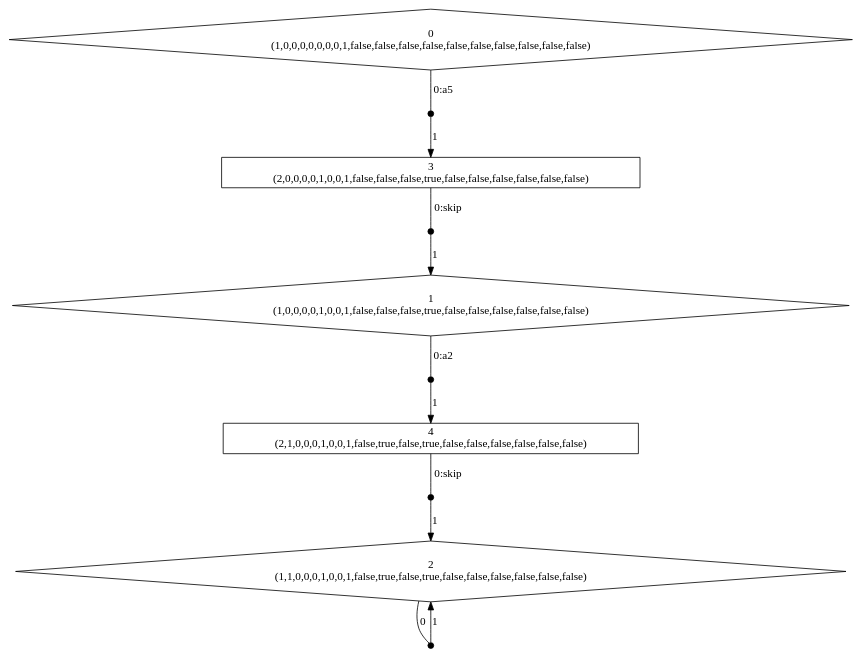
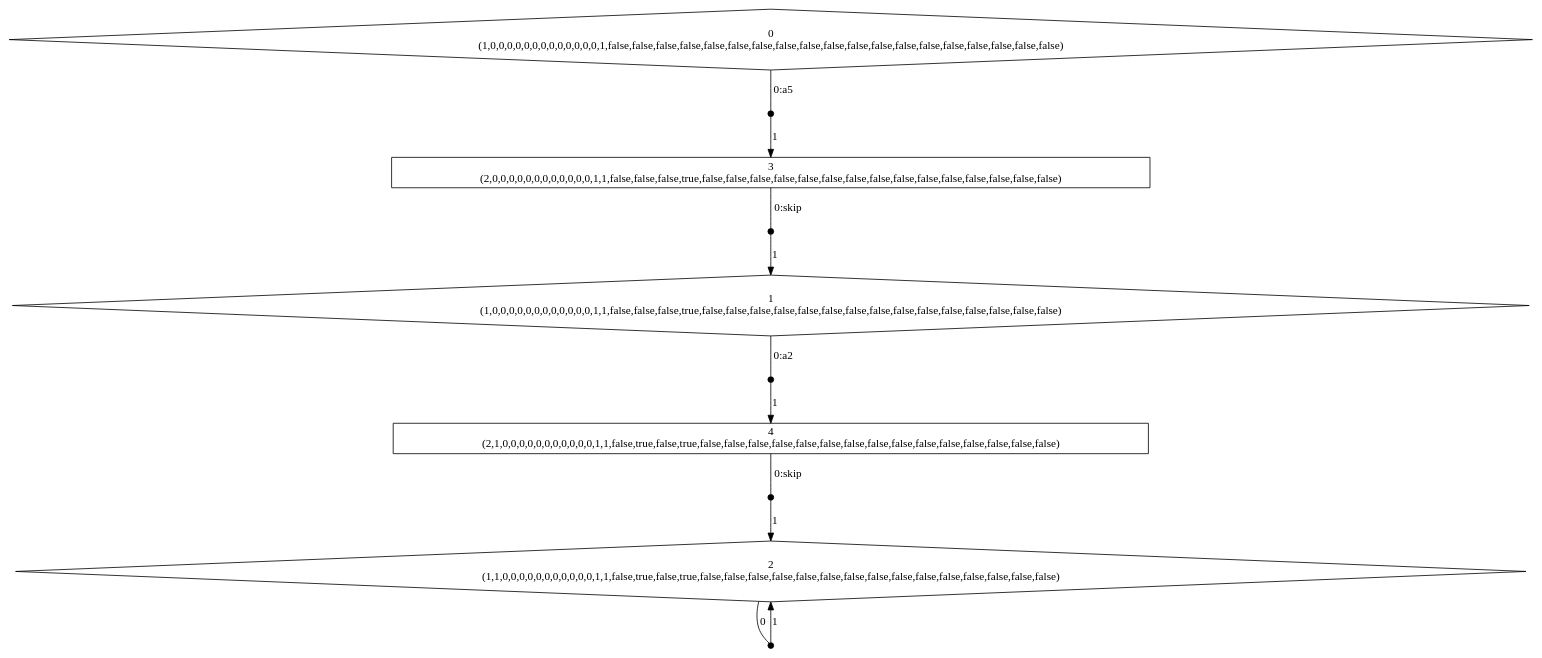
One commit to Marini97/PANACEA changed the diagram in experiments/experiment2/results/attacker/attacker.dot. Above: the diagram before and after it, drawn with Graphviz. The commit also changed 42 other files, not shown here.

```diff
--- a/experiments/experiment2/results/attacker/attacker.dot
+++ b/experiments/experiment2/results/attacker/attacker.dot
@@ -1,23 +1,23 @@
 digraph SMG {
 node [label="",shape="box"];
-0 [label="0\n(1,0,0,0,0,0,0,0,1,false,false,false,false,false,false,false,false,false,false)",shape="diamond"];
+0 [label="0\n(1,0,0,0,0,0,0,0,0,0,0,0,0,0,1,false,false,false,false,false,false,false,false,false,false,false,false,false,false,false,false,false,false,false)",shape="diamond"];
 0 -> n0_0  [label="0:a5",arrowhead="none"];
 n0_0 [ shape=point,width=0.1,height=0.1,label="" ];
 n0_0 -> 3  [label="1"];
-1 [label="1\n(1,0,0,0,0,1,0,0,1,false,false,false,true,false,false,false,false,false,false)",shape="diamond"];
+1 [label="1\n(1,0,0,0,0,0,0,0,0,0,0,0,0,1,1,false,false,false,true,false,false,false,false,false,false,false,false,false,false,false,false,false,false,false)",shape="diamond"];
 1 -> n1_0  [label="0:a2",arrowhead="none"];
 n1_0 [ shape=point,width=0.1,height=0.1,label="" ];
 n1_0 -> 4  [label="1"];
-2 [label="2\n(1,1,0,0,0,1,0,0,1,false,true,false,true,false,false,false,false,false,false)",shape="diamond"];
+2 [label="2\n(1,1,0,0,0,0,0,0,0,0,0,0,0,1,1,false,true,false,true,false,false,false,false,false,false,false,false,false,false,false,false,false,false,false)",shape="diamond"];
 2 -> n2_0  [label="0",arrowhead="none"];
 n2_0 [ shape=point,width=0.1,height=0.1,label="" ];
 n2_0 -> 2  [label="1"];
-3 [label="3\n(2,0,0,0,0,1,0,0,1,false,false,false,true,false,false,false,false,false,false)"];
+3 [label="3\n(2,0,0,0,0,0,0,0,0,0,0,0,0,1,1,false,false,false,true,false,false,false,false,false,false,false,false,false,false,false,false,false,false,false)"];
 3 -> n3_0  [label="0:skip",arrowhead="none"];
 n3_0 [ shape=point,width=0.1,height=0.1,label="" ];
 n3_0 -> 1  [label="1"];
-4 [label="4\n(2,1,0,0,0,1,0,0,1,false,true,false,true,false,false,false,false,false,false)"];
+4 [label="4\n(2,1,0,0,0,0,0,0,0,0,0,0,0,1,1,false,true,false,true,false,false,false,false,false,false,false,false,false,false,false,false,false,false,false)"];
 4 -> n4_0  [label="0:skip",arrowhead="none"];
 n4_0 [ shape=point,width=0.1,height=0.1,label="" ];
 n4_0 -> 2  [label="1"];
 }
```
